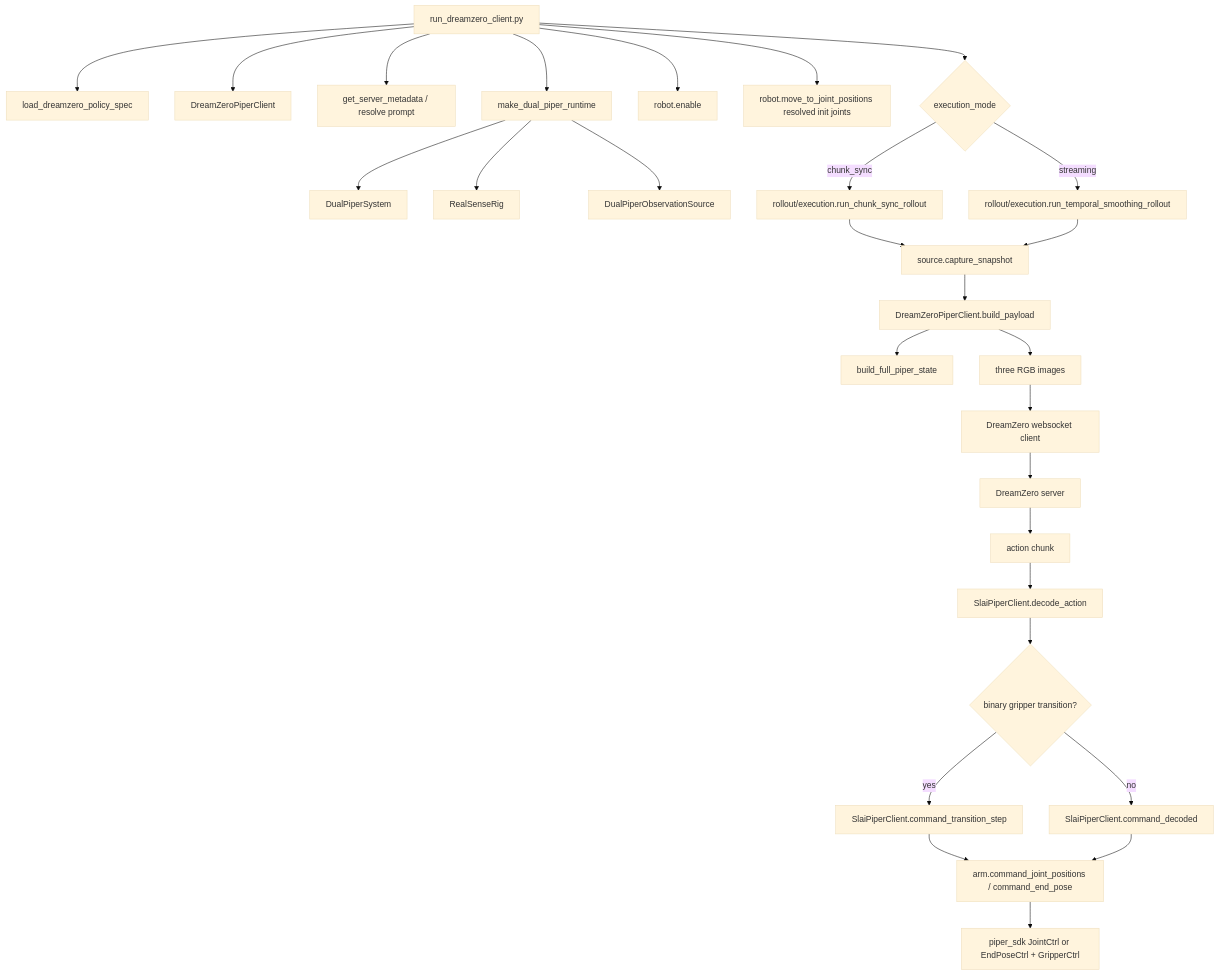
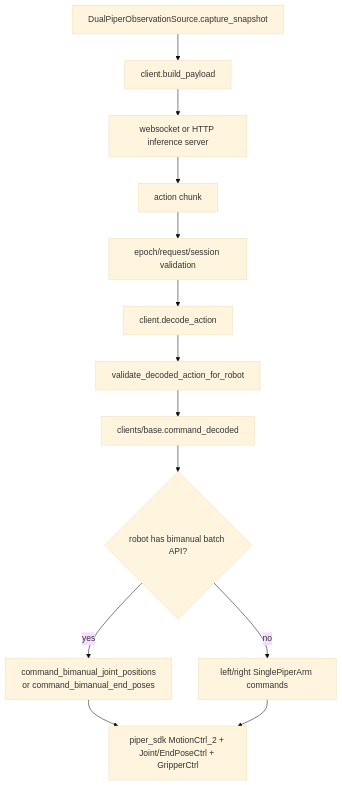
One commit to ZhaoRunyi/challenge_deploy changed the sixth of 6 diagrams in docs/deploy_call_chain.md. Above: the diagram before and after it, drawn with Mermaid (base theme). The commit also changed other lines of this file and 65 other files, not shown here.

````diff
--- a/docs/deploy_call_chain.md
+++ b/docs/deploy_call_chain.md
@@ -196,34 +185,15 @@
 ```mermaid
 flowchart TD
-    D[run_dreamzero_client.py] --> D1[load_dreamzero_policy_spec]
-    D --> D2[DreamZeroPiperClient]
-    D --> D3[get_server_metadata / resolve prompt]
-    D --> D4[make_dual_piper_runtime]
-
-    D4 --> D5[DualPiperSystem]
-    D4 --> D6[RealSenseRig]
-    D4 --> D7[DualPiperObservationSource]
-
-    D --> D8[robot.enable]
-    D --> D9[robot.move_to_joint_positions resolved init joints]
-    D --> D10{execution_mode}
-    D10 -->|chunk_sync| D11[rollout/execution.run_chunk_sync_rollout]
-    D10 -->|streaming| D12[rollout/execution.run_temporal_smoothing_rollout]
-
-    D11 --> D13[source.capture_snapshot]
-    D12 --> D13
-    D13 --> D14[DreamZeroPiperClient.build_payload]
-    D14 --> D15[build_full_piper_state]
-    D14 --> D16[three RGB images]
-    D16 --> D17[DreamZero websocket client]
-    D17 --> D18[DreamZero server]
-    D18 --> D19[action chunk]
-
-    D19 --> D20[SlaiPiperClient.decode_action]
-    D20 --> D21{binary gripper transition?}
-    D21 -->|yes| D22[SlaiPiperClient.command_transition_step]
-    D21 -->|no| D23[SlaiPiperClient.command_decoded]
-    D22 --> D24[arm.command_joint_positions / command_end_pose]
-    D23 --> D24
-    D24 --> D25[piper_sdk JointCtrl or EndPoseCtrl + GripperCtrl]
+    SNAP[DualPiperObservationSource.capture_snapshot] --> BUILD[client.build_payload]
+    BUILD --> SERVER[websocket or HTTP inference server]
+    SERVER --> CHUNK[action chunk]
+    CHUNK --> FENCE[epoch/request/session validation]
+    FENCE --> DECODE[client.decode_action]
+    DECODE --> VALIDATE[validate_decoded_action_for_robot]
+    VALIDATE --> COMMAND[clients/base.command_decoded]
+    COMMAND --> BI{robot has bimanual batch API?}
+    BI -->|yes| BATCH[command_bimanual_joint_positions<br/>or command_bimanual_end_poses]
+    BI -->|no| SIDE[left/right SinglePiperArm commands]
+    BATCH --> SDK[piper_sdk MotionCtrl_2 + Joint/EndPoseCtrl + GripperCtrl]
+    SIDE --> SDK
 ```
````
